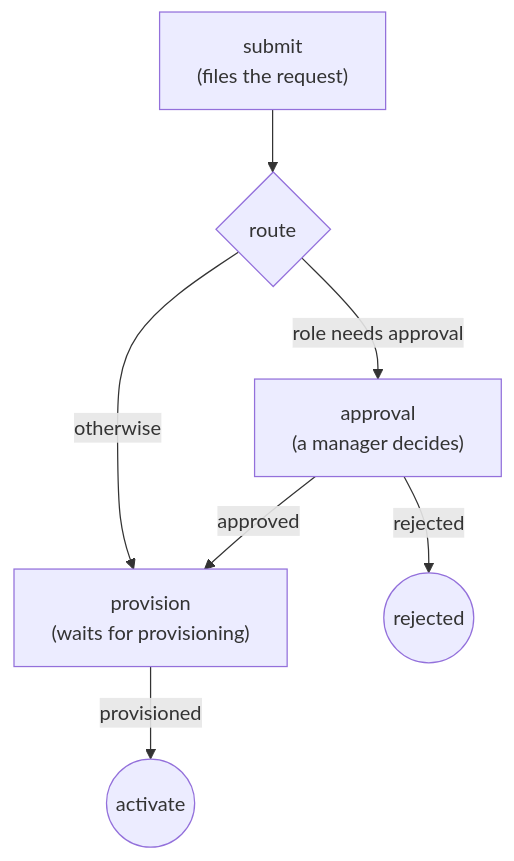
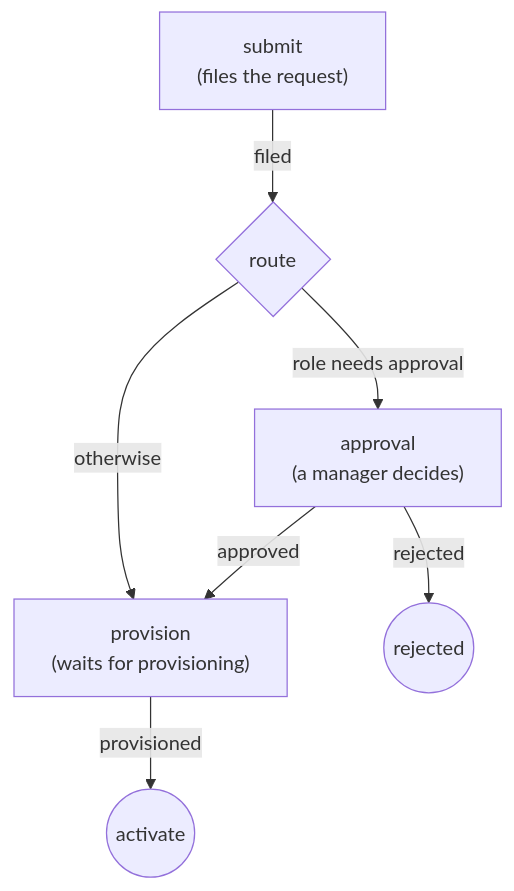
Before and after one commit to mauriciobs666/graphmind-ai-lab: the fourth of 4 diagrams in falkor-chat/docs/manuals/workflows.md, drawn with Mermaid. The commit also changed other lines of this file, not shown here.

````diff
--- a/falkor-chat/docs/manuals/workflows.md
+++ b/falkor-chat/docs/manuals/workflows.md
@@ -127,9 +126,9 @@
 ```mermaid
 flowchart TD
-    submit["submit\n(files the request)"] --> route{route}
+    submit["submit\n(files the request)"] -- "filed" --> route{route}
     route -- "role needs approval" --> approval["approval\n(a manager decides)"]
     route -- "otherwise" --> provision["provision\n(waits for provisioning)"]
     approval -- "approved" --> provision
     approval -- "rejected" --> rejected(("rejected"))
     provision -- "provisioned" --> activate(("activate"))
 ```
````
